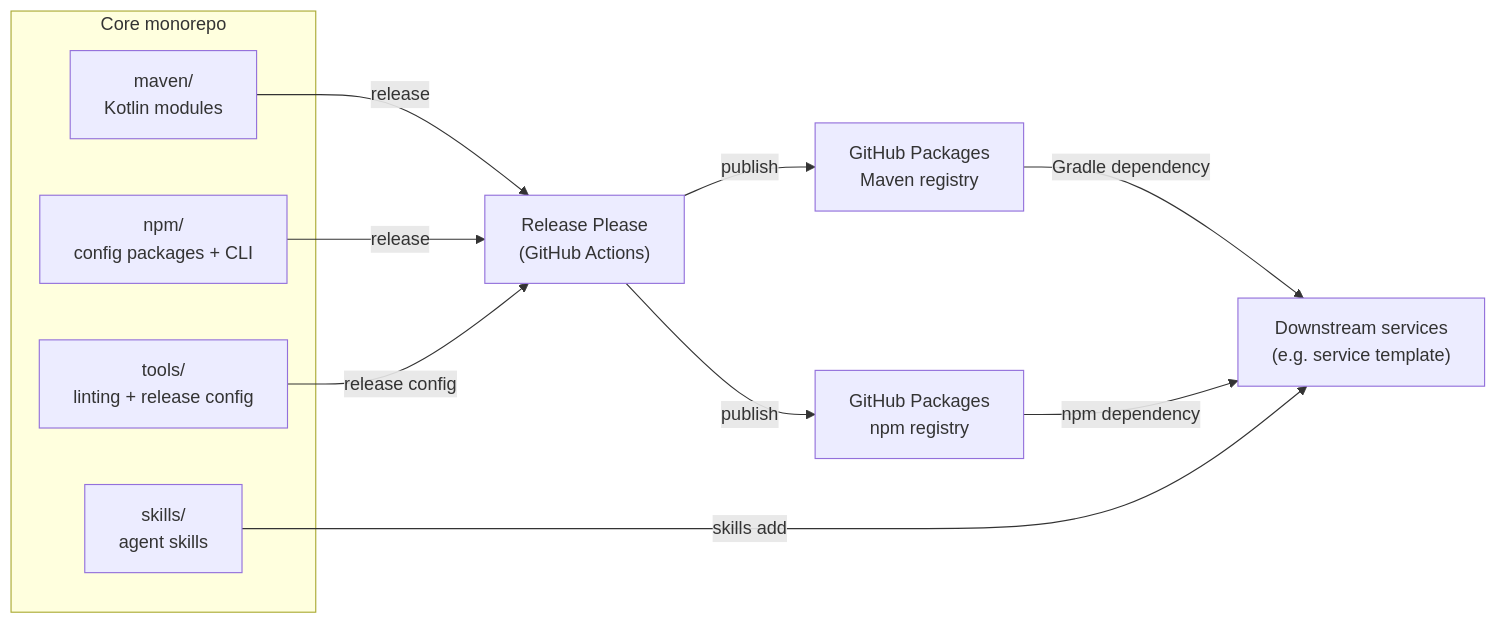
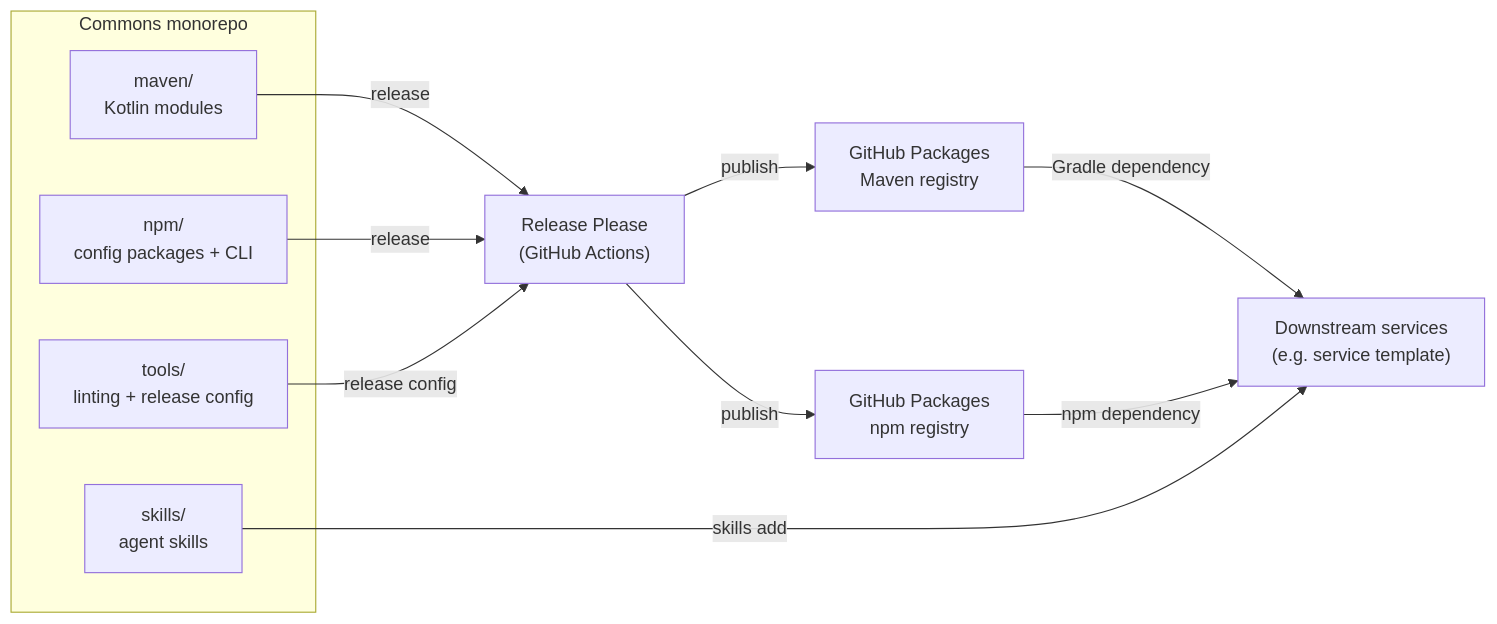
Before and after one commit to aimarchirico/commons: the diagram in docs/ARCHITECTURE.md, drawn with Mermaid. The commit also changed other lines of this file and 2 other files, not shown here.

Commit message:
docs: align documentation with commons module rename

````diff
--- a/docs/ARCHITECTURE.md
+++ b/docs/ARCHITECTURE.md
@@ -12,25 +12,25 @@
 ```mermaid
 graph LR
-    subgraph Core["Core monorepo"]
+    subgraph Commons["Commons monorepo"]
         maven_src["maven/<br/>Kotlin modules"]
         npm_src["npm/<br/>config packages + CLI"]
         tools_src["tools/<br/>linting + release config"]
         skills["skills/<br/>agent skills"]
     end
 
     rp["Release Please<br/>(GitHub Actions)"]
     maven_reg["GitHub Packages<br/>Maven registry"]
     npm_reg["GitHub Packages<br/>npm registry"]
 
     consumers["Downstream services<br/>(e.g. service template)"]
 
     maven_src -->|release| rp
     npm_src -->|release| rp
     tools_src -->|release config| rp
     rp -->|publish| maven_reg
     rp -->|publish| npm_reg
 
     maven_reg -->|Gradle dependency| consumers
     npm_reg -->|npm dependency| consumers
     skills -->|skills add| consumers
 ```
````
